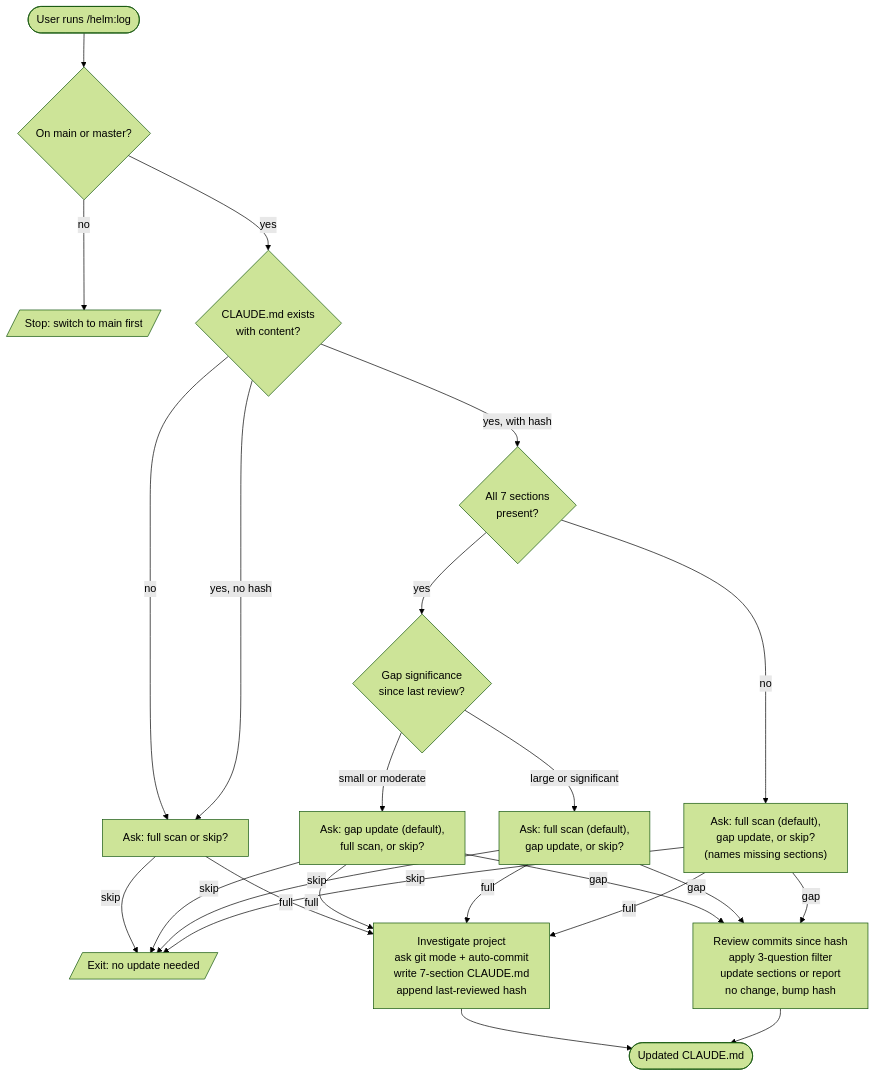
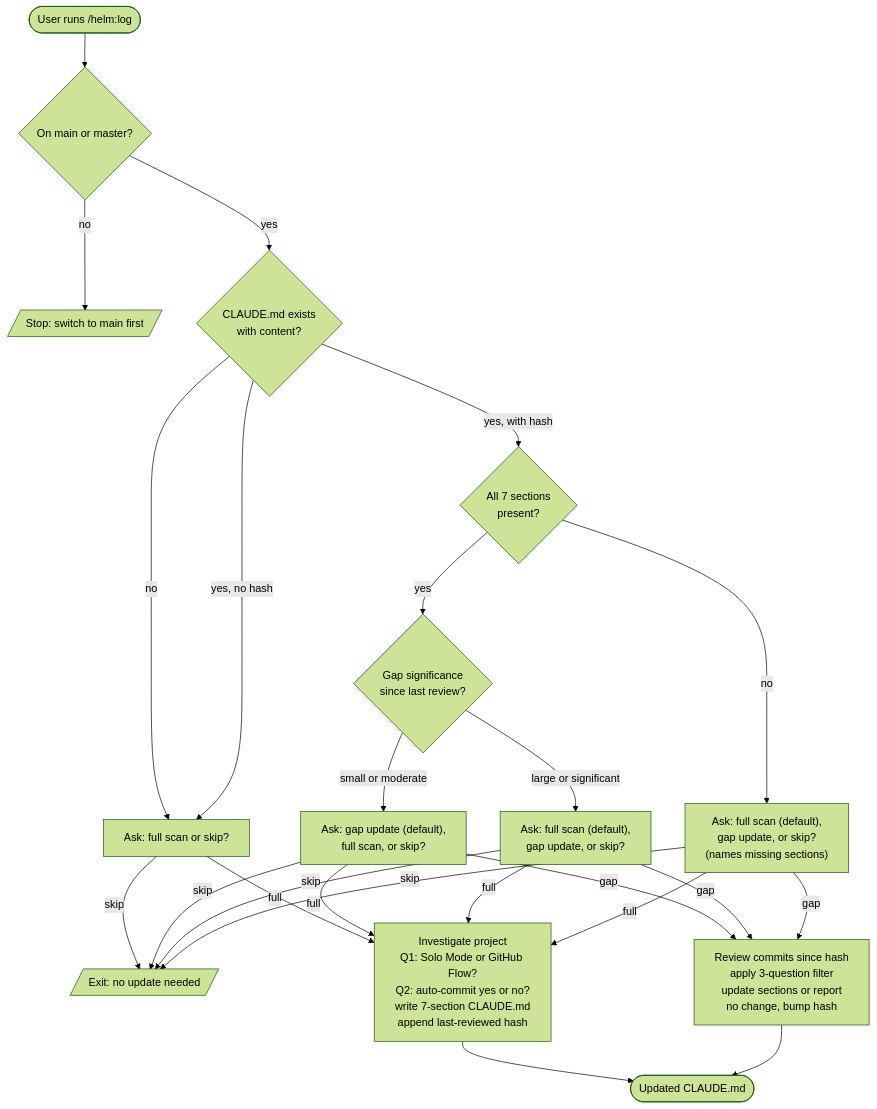
One commit to myowinthein/agent-helm changed the diagram in docs/commands/log.md. Above: the diagram before and after it, drawn with Mermaid (forest theme). The commit also changed other lines of this file, not shown here.

Commit message:
docs(log): update detail page for split project config questions

````diff
--- a/docs/commands/log.md
+++ b/docs/commands/log.md
@@ -13,33 +13,33 @@
 ```mermaid
 flowchart TD
   Start([User runs /helm:log]) --> Branch{On main or master?}
   Branch -->|no| Stop[/Stop: switch to main first/]
   Branch -->|yes| Exists{CLAUDE.md exists<br/>with content?}
 
   Exists -->|no| Mode1[Ask: full scan or skip?]
   Exists -->|yes, no hash| Mode1
   Exists -->|yes, with hash| Schema{All 7 sections<br/>present?}
 
   Schema -->|no| Mode4["Ask: full scan (default),<br/>gap update, or skip?<br/>(names missing sections)"]
   Schema -->|yes| Gap{Gap significance<br/>since last review?}
 
   Gap -->|small or moderate| Mode2["Ask: gap update (default),<br/>full scan, or skip?"]
   Gap -->|large or significant| Mode3["Ask: full scan (default),<br/>gap update, or skip?"]
 
   Mode1 -->|skip| Skip[/Exit: no update needed/]
   Mode1 -->|full| Full
   Mode2 -->|skip| Skip
   Mode2 -->|full| Full
   Mode2 -->|gap| GapPath
   Mode3 -->|skip| Skip
   Mode3 -->|full| Full
   Mode3 -->|gap| GapPath
   Mode4 -->|skip| Skip
   Mode4 -->|full| Full
   Mode4 -->|gap| GapPath
 
-  Full[Investigate project<br/>ask git mode + auto-commit<br/>write 7-section CLAUDE.md<br/>append last-reviewed hash] --> Done
+  Full["Investigate project<br/>Q1: Solo Mode or GitHub Flow?<br/>Q2: auto-commit yes or no?<br/>write 7-section CLAUDE.md<br/>append last-reviewed hash"] --> Done
   GapPath[Review commits since hash<br/>apply 3-question filter<br/>update sections or report<br/>no change, bump hash] --> Done
 
   Done([Updated CLAUDE.md])
 ```
````
